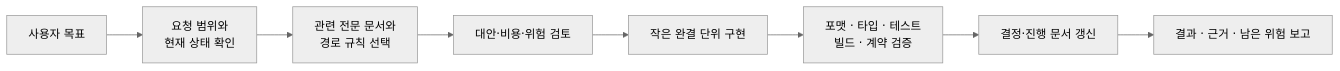
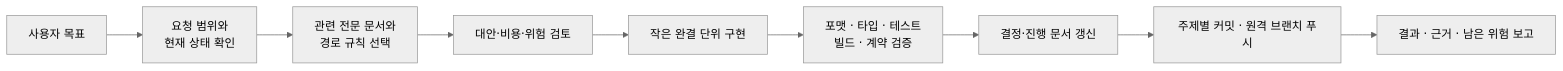
Before and after one commit to praymyk/qqup-showcase: the second of 2 diagrams in docs/vibe-coding-workflow.md, drawn with Mermaid (neutral theme). The commit also changed other lines of this file and 1 other file, not shown here.

Commit message:
docs: 주제 브랜치 전달 경계 공개

````diff
--- a/docs/vibe-coding-workflow.md
+++ b/docs/vibe-coding-workflow.md
@@ -64,10 +64,11 @@
 ```mermaid
 flowchart LR
     REQUEST["사용자 목표"] --> SCOPE["요청 범위와\n현재 상태 확인"]
     SCOPE --> ROUTE["관련 전문 문서와\n경로 규칙 선택"]
     ROUTE --> PROPOSE["대안·비용·위험 검토"]
     PROPOSE --> CHANGE["작은 완결 단위 구현"]
     CHANGE --> VERIFY["포맷 · 타입 · 테스트\n빌드 · 계약 검증"]
     VERIFY --> DOCS["결정·진행 문서 갱신"]
-    DOCS --> REPORT["결과 · 근거 · 남은 위험 보고"]
+    DOCS --> COMMIT["주제별 커밋 · 원격 브랜치 푸시"]
+    COMMIT --> REPORT["결과 · 근거 · 남은 위험 보고"]
 ```
````
